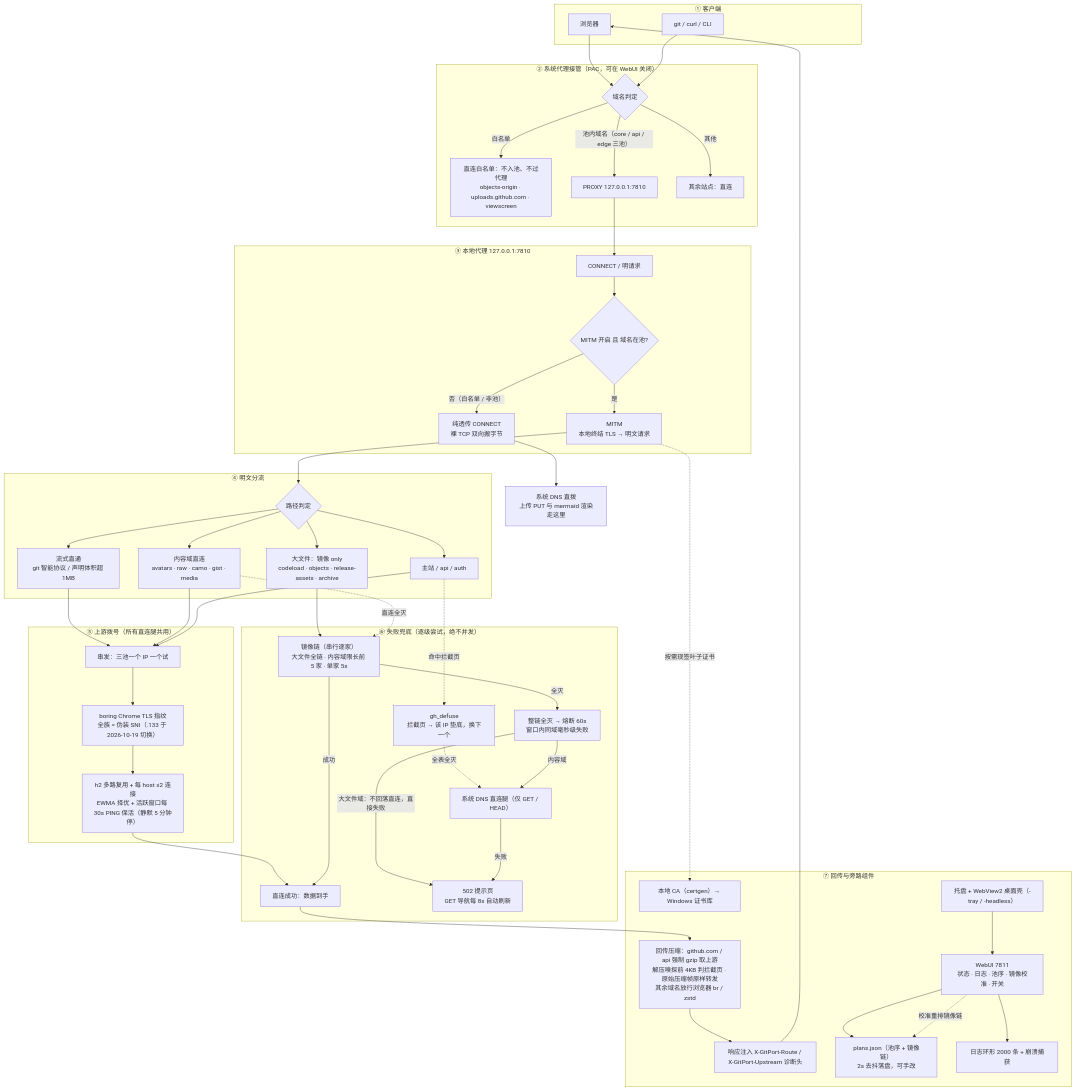
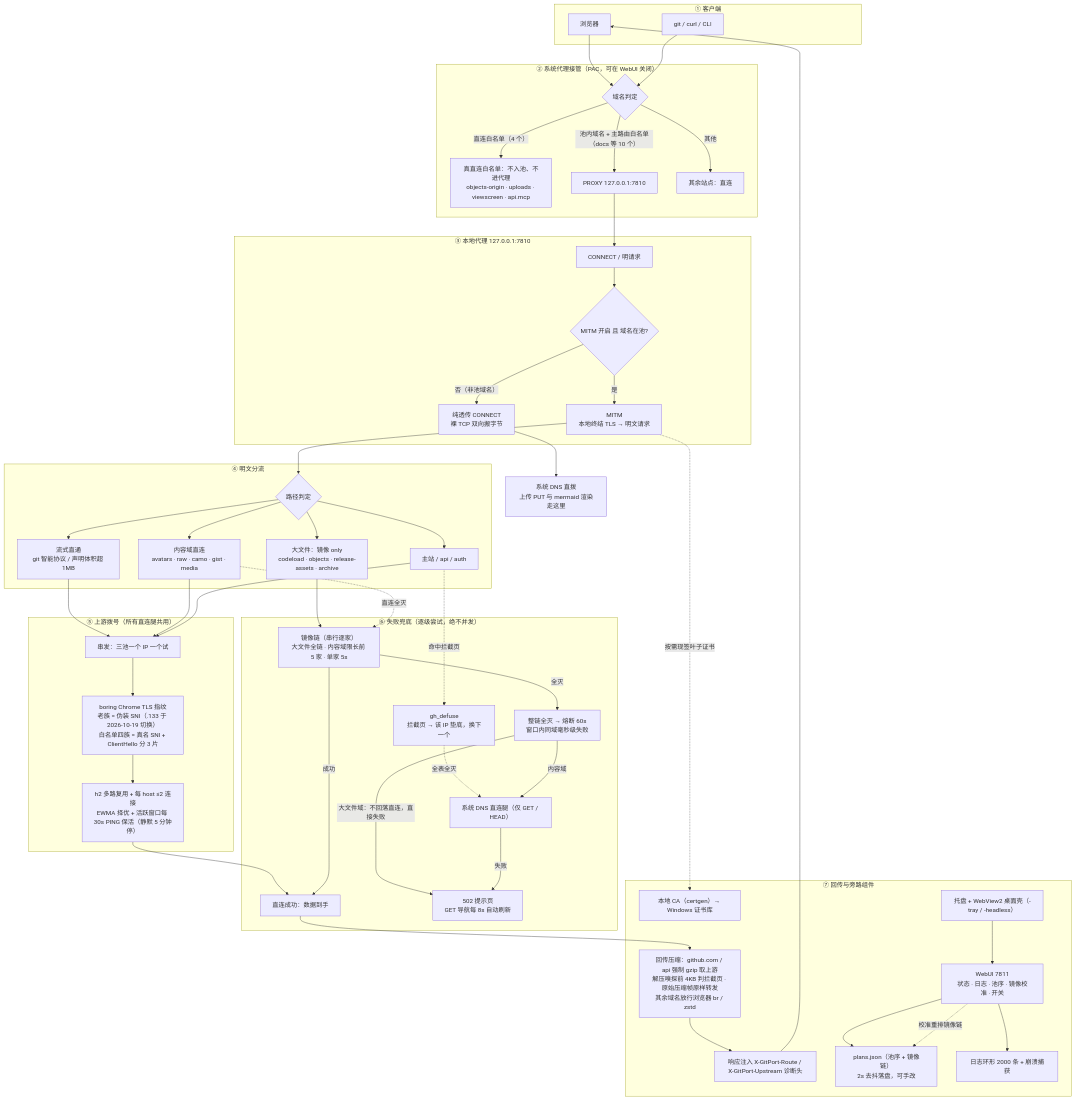
One commit to zhidian-cmd/gitport-github changed the first of 2 diagrams in docs/ARCHITECTURE.md. Above: the diagram before and after it, drawn with Mermaid. The commit also changed other lines of this file and 4 other files, not shown here.

```diff
--- a/docs/ARCHITECTURE.md
+++ b/docs/ARCHITECTURE.md
@@ -10,14 +10,14 @@
     end
     subgraph L2["② 系统代理接管（PAC，可在 WebUI 关闭）"]
         P1{"域名判定"}
-        WL["直连白名单：不入池、不过代理<br/>objects-origin · uploads.github.com · viewscreen"]
+        WL["真直连白名单：不入池、不进代理<br/>objects-origin · uploads · viewscreen · api.mcp"]
         PX["PROXY 127.0.0.1:7810"]
         OD["其余站点：直连"]
     end
     B --> P1
     G --> P1
-    P1 -->|"白名单"| WL
-    P1 -->|"池内域名（core / api / edge 三池）"| PX
+    P1 -->|"直连白名单（4 个）"| WL
+    P1 -->|"池内域名 + 主路由白名单（docs 等 10 个）"| PX
     P1 -->|"其他"| OD
     subgraph L3["③ 本地代理 127.0.0.1:7810"]
         C1["CONNECT / 明请求"]
@@ -27,7 +27,7 @@
     end
     PX --> C1
     C1 --> M1
-    M1 -->|"否（白名单 / 非池）"| PASS
+    M1 -->|"否（非池域名）"| PASS
     M1 -->|"是"| MITM
     PASS --> SD["系统 DNS 直拨<br/>上传 PUT 与 mermaid 渲染走这里"]
     subgraph L4["④ 明文分流"]
@@ -44,7 +44,7 @@
     Q --> S4
     subgraph L5["⑤ 上游拨号（所有直连腿共用）"]
         D1["串发：三池一个 IP 一个试"]
-        T1["boring Chrome TLS 指纹<br/>全族 = 伪装 SNI（.133 于 2026-10-19 切换）"]
+        T1["boring Chrome TLS 指纹<br/>老族 = 伪装 SNI（.133 于 2026-10-19 切换）<br/>白名单四族 = 真名 SNI + ClientHello 分 3 片"]
         H1["h2 多路复用 + 每 host ≤2 连接<br/>EWMA 择优 + 活跃窗口每 30s PING 保活（静默 5 分钟停）"]
     end
     S1 --> D1
```
